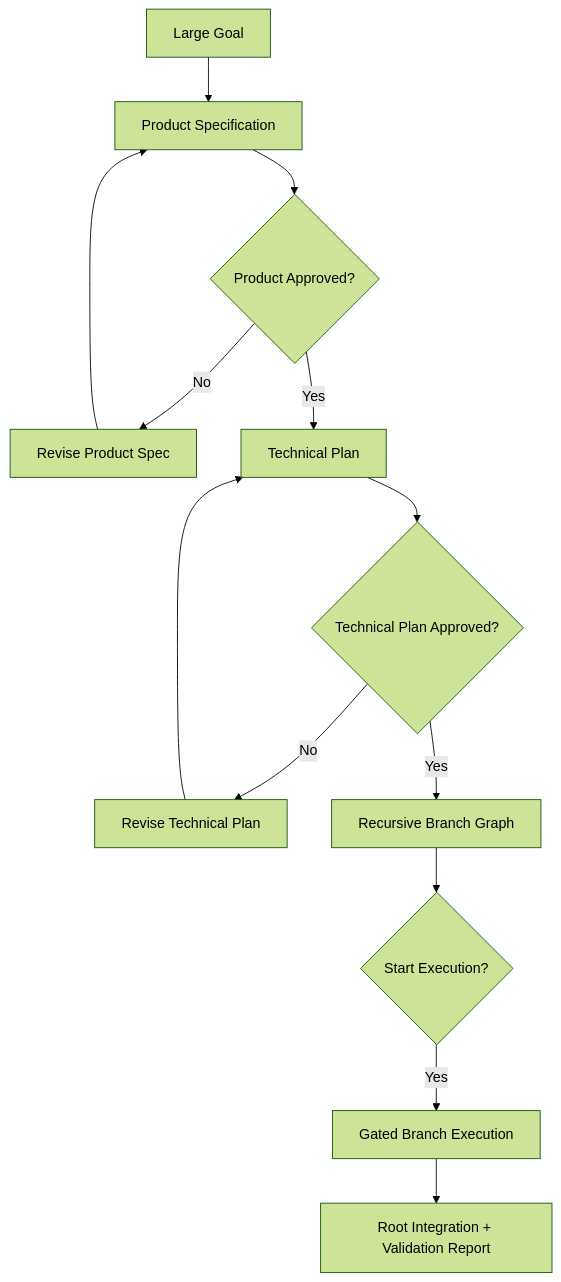
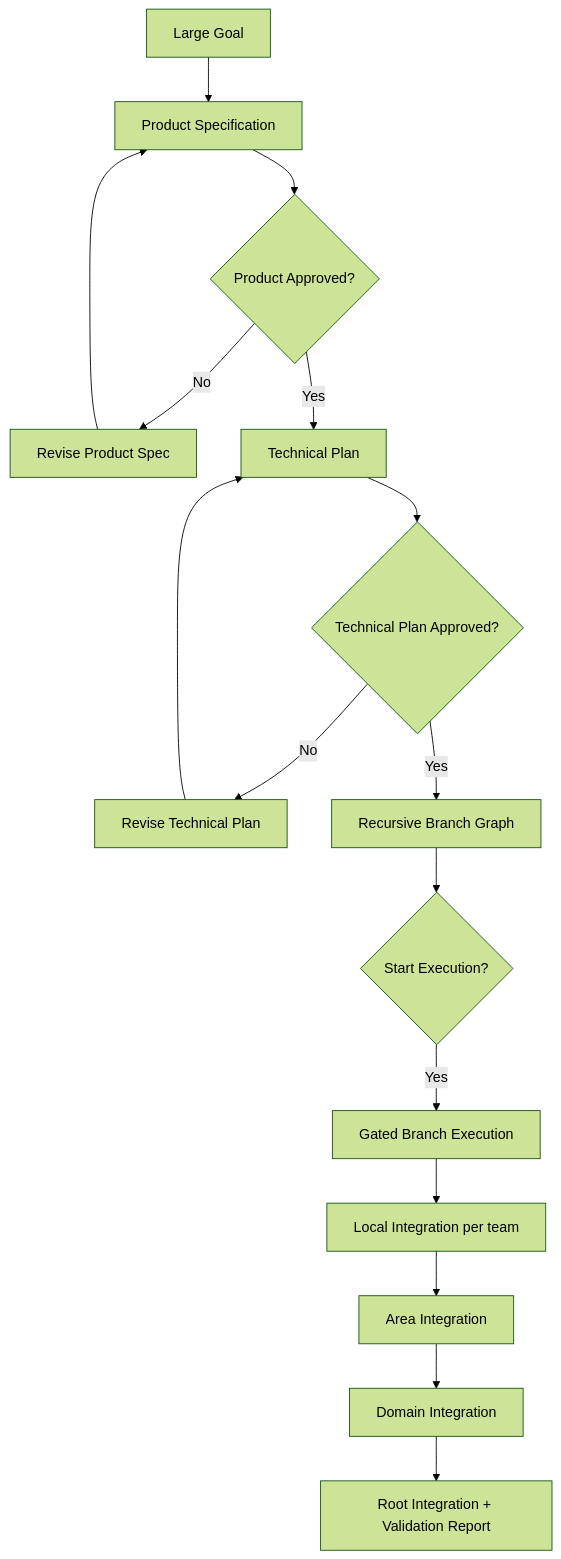
One commit to abdoabozena7/OrchCode_Studio_-Multi-Agent-Coding-System- changed the sixth of 6 diagrams in README.md. Above: the diagram before and after it, drawn with Mermaid (forest theme). The commit also changed other lines of this file and 102 other files, not shown here.

````diff
--- a/README.md
+++ b/README.md
@@ -222,15 +222,18 @@
 ```mermaid
 flowchart TD
   Goal["Large Goal"] --> Product["Product Specification"]
   Product --> ProductApproval{"Product Approved?"}
   ProductApproval -->|No| ReviseProduct["Revise Product Spec"]
   ReviseProduct --> Product
   ProductApproval -->|Yes| TechPlan["Technical Plan"]
   TechPlan --> TechApproval{"Technical Plan Approved?"}
   TechApproval -->|No| ReviseTech["Revise Technical Plan"]
   ReviseTech --> TechPlan
   TechApproval -->|Yes| Graph["Recursive Branch Graph"]
   Graph --> BranchApproval{"Start Execution?"}
   BranchApproval -->|Yes| Branches["Gated Branch Execution"]
-  Branches --> FanIn["Root Integration + Validation Report"]
+  Branches --> LocalIntegration["Local Integration per team"]
+  LocalIntegration --> AreaIntegration["Area Integration"]
+  AreaIntegration --> DomainIntegration["Domain Integration"]
+  DomainIntegration --> FanIn["Root Integration + Validation Report"]
 ```
````
